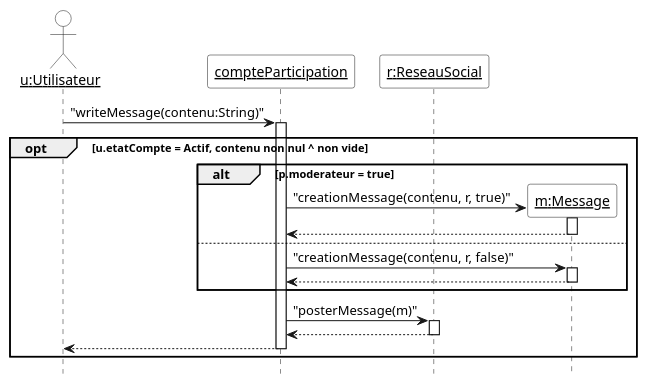
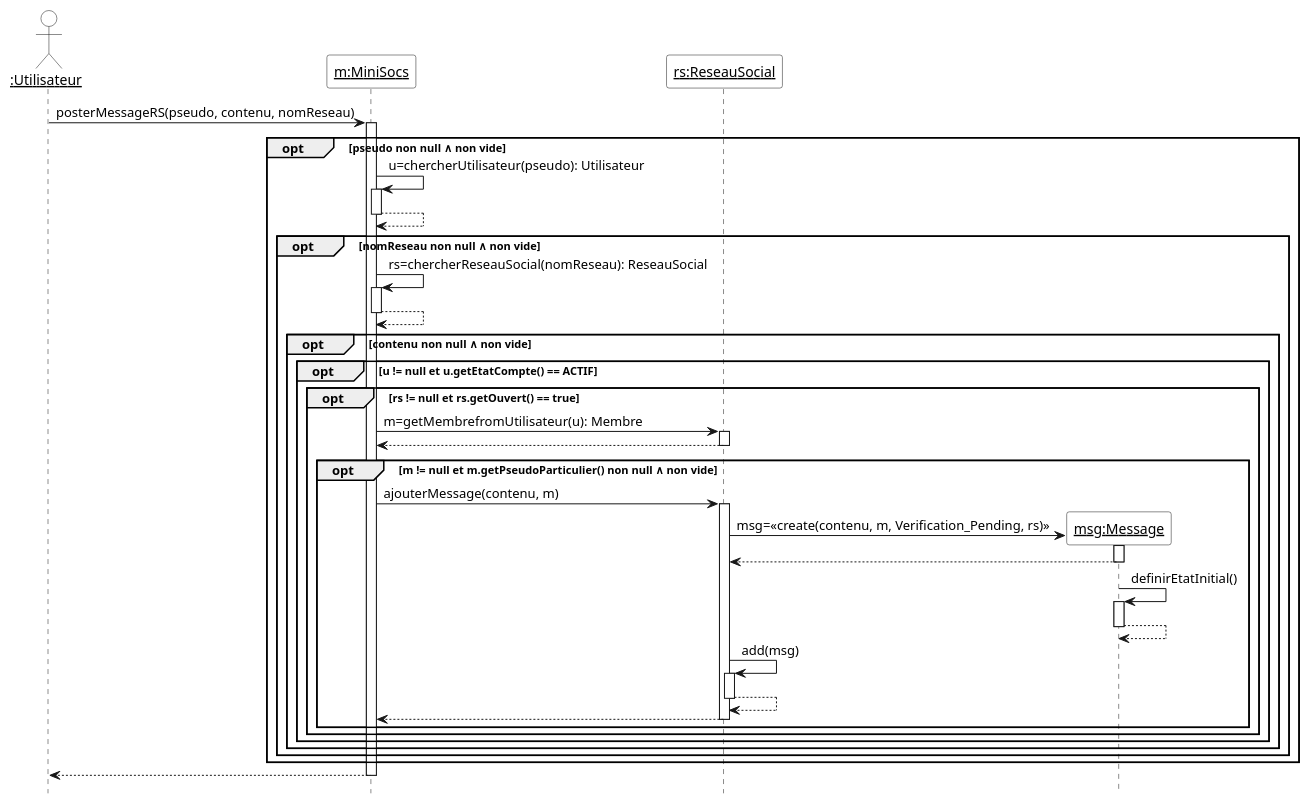
Before and after one commit to lukalafaye/MiniSocs: the diagram in Diagrammes/minisocs_uml_diag_seq_poster_message.pu, drawn with PlantUML. The commit also changed other lines of this file and 5 other files, not shown here.

Commit message:
mise en coherence diagrammes de sequence

```diff
--- a/Diagrammes/minisocs_uml_diag_seq_poster_message.pu
+++ b/Diagrammes/minisocs_uml_diag_seq_poster_message.pu
@@ -1,30 +1,45 @@
 @startuml
 
 'Diagramme de séquence (PlantUML)'
 
 'Configuration charte graphique'
 hide footbox
 skinparam sequenceParticipantBackgroundColor White
 skinparam sequenceActorBackgroundColor White
 
 'Déclaration des acteurs et des participants (déjà existants avant la séquence)'
-actor "__u:Utilisateur__" as u
-participant "__compteParticipation__" as p
-participant "__r:ReseauSocial__" as r
+actor "__:Utilisateur__" as user
+participant "__m:MiniSocs__" as m
 
 'Séquence avec les messages, les créations de participants, etc.'
-u -> p ++ : "writeMessage(contenu:String)"
-opt u.etatCompte = Actif, contenu non nul ^ non vide
-create "__m:Message__" as m
-alt p.moderateur = true
-p -> m ++ : "creationMessage(contenu, r, true)"
+user -> m ++ : posterMessageRS(pseudo, contenu, nomReseau)
+opt pseudo non null ∧ non vide
+  m -> m ++ : u=chercherUtilisateur(pseudo): Utilisateur
+  return
+  opt nomReseau non null ∧ non vide
+    m -> m ++ : rs=chercherReseauSocial(nomReseau): ReseauSocial
+    return
+    opt contenu non null ∧ non vide
+      opt u != null et u.getEtatCompte() == ACTIF
+        opt rs != null et rs.getOuvert() == true
+          m -> "__rs:ReseauSocial__" as rs ++ : m=getMembrefromUtilisateur(u): Membre
+          return
+          opt m != null et m.getPseudoParticulier() non null ∧ non vide
+            m -> "__rs:ReseauSocial__" as rs ++ : ajouterMessage(contenu, m)
+            	create "__msg:Message__" as msg
+        	"__rs:ReseauSocial__" as rs  -> "__msg:Message__" as msg ++ : msg=<<create(contenu, m, Verification_Pending, rs)>>
+        	return
+        		"__msg:Message__" as msg -> "__msg:Message__" as msg ++ : definirEtatInitial()
+        		return
+        	"__rs:ReseauSocial__" as rs  -> "__rs:ReseauSocial__" as rs ++ : add(msg)
+        	return
+            return
+          end
+        end
+      end
+    end
+  end
+end
 return
-else
-p -> m ++ : "creationMessage(contenu, r, false)"
-return
-end
-p -> r ++ : "posterMessage(m)"
-return
-return
-end
+
 @enduml
```
